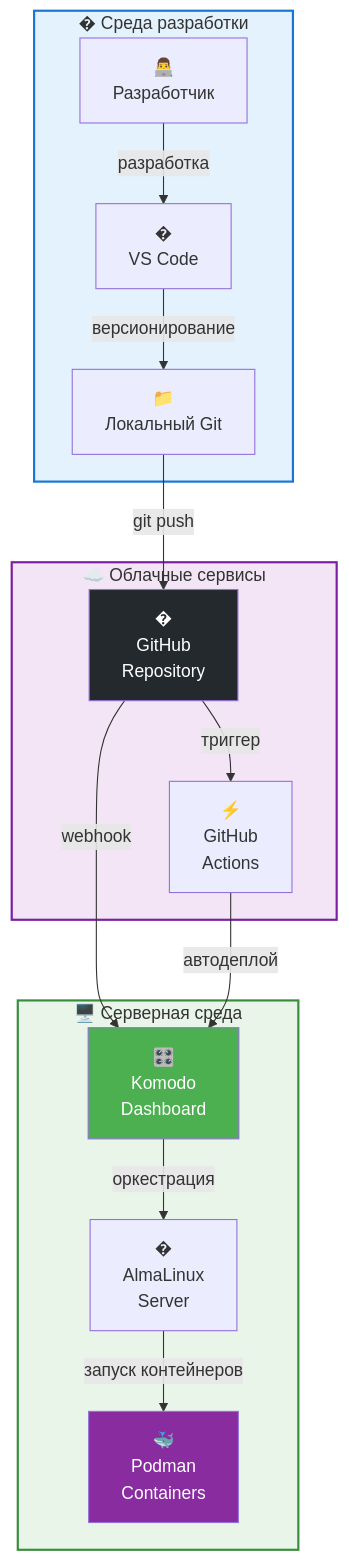
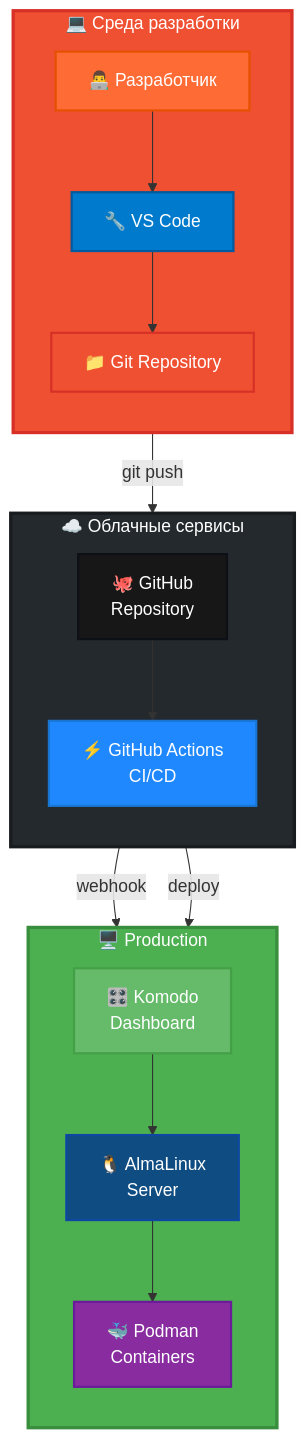
The first of 4 diagrams in docs/chapter-04-git.md (Alex-0293/TopWebStack), drawn with Mermaid before and after one commit. The commit also changed other lines of this file, not shown here.

Commit message:
style(git): привести стиль диаграмм главы 4 в соответствие с главой 3
- Заменены flowchart диаграммы на graph для единообразия
- Применена цветовая схема Material Design как в главе 3
- Добавлены направления direction TB/LR для улучшения структуры
- Унифицированы stroke-width и цветовые стили
- Диаграммы теперь соответствуют общему стилю курса

Основные изменения:
- Development workflow: graph TB с Git-тематическими цветами
- File lifecycle: graph LR с четкими областями
- Git Flow: упрощенная структура с Material цветами
- Branch structure: улучшенная группировка и стили

Все диаграммы теперь визуально согласованы с остальным курсом

````diff
--- a/docs/chapter-04-git.md
+++ b/docs/chapter-04-git.md
@@ -20,37 +20,46 @@
 ```mermaid
-    flowchart TD
-    subgraph dev_env["� Среда разработки"]
-        developer["👨‍💻<br/>Разработчик"]
-        vscode["�<br/>VS Code"]
-        local_git["📁<br/>Локальный Git"]
+graph TB
+    subgraph dev_env["💻 Среда разработки"]
+        direction TB
+        developer["👨‍💻 Разработчик"]
+        vscode["🔧 VS Code"]
+        local_git["📁 Git Repository"]
+        
+        developer --> vscode
+        vscode --> local_git
     end
     
-    subgraph cloud["☁️ Облачные сервисы"]
-        github["�<br/>GitHub<br/>Repository"]
-        actions["⚡<br/>GitHub<br/>Actions"]
+    subgraph cloud_env["☁️ Облачные сервисы"]
+        direction TB
+        github["🐙 GitHub<br/>Repository"]
+        actions["⚡ GitHub Actions<br/>CI/CD"]
+        
+        github --> actions
     end
     
-    subgraph server_env["🖥️ Серверная среда"]
-        komodo["🎛️<br/>Komodo<br/>Dashboard"]
-        almalinux["�<br/>AlmaLinux<br/>Server"]
-        podman["🐳<br/>Podman<br/>Containers"]
+    subgraph prod_env["🖥️ Production"]
+        direction TB
+        komodo["🎛️ Komodo<br/>Dashboard"]
+        almalinux["🐧 AlmaLinux<br/>Server"]
+        podman["🐳 Podman<br/>Containers"]
+        
+        komodo --> almalinux
+        almalinux --> podman
     end
     
-    developer --> |"разработка"| vscode
-    vscode --> |"версионирование"| local_git
     local_git --> |"git push"| github
+    github --> |"webhook"| komodo
+    actions --> |"deploy"| komodo
     
-    github --> |"webhook"| komodo
-    github --> |"триггер"| actions
-    actions --> |"автодеплой"| komodo
-    
-    komodo --> |"оркестрация"| almalinux
-    almalinux --> |"запуск контейнеров"| podman
-    
-    style dev_env fill:#e3f2fd,stroke:#1976d2,stroke-width:2px
-    style cloud fill:#f3e5f5,stroke:#7b1fa2,stroke-width:2px
-    style server_env fill:#e8f5e8,stroke:#388e3c,stroke-width:2px
-    style github fill:#24292e,color:#fff
-    style komodo fill:#4caf50,color:#fff
-    style podman fill:#892ca0,color:#fff
+    style dev_env fill:#F05032,stroke:#D73027,stroke-width:3px,color:#fff
+    style cloud_env fill:#24292E,stroke:#181C1F,stroke-width:3px,color:#fff
+    style prod_env fill:#4CAF50,stroke:#388E3C,stroke-width:3px,color:#fff
+    style developer fill:#FF6B35,stroke:#E55100,stroke-width:2px,color:#fff
+    style vscode fill:#007ACC,stroke:#005A9D,stroke-width:2px,color:#fff
+    style local_git fill:#F05032,stroke:#D73027,stroke-width:2px,color:#fff
+    style github fill:#181717,stroke:#0D1117,stroke-width:2px,color:#fff
+    style actions fill:#2088FF,stroke:#1976D2,stroke-width:2px,color:#fff
+    style komodo fill:#66BB6A,stroke:#43A047,stroke-width:2px,color:#fff
+    style almalinux fill:#0F4C81,stroke:#0D47A1,stroke-width:2px,color:#fff
+    style podman fill:#892CA0,stroke:#6A1B9A,stroke-width:2px,color:#fff
 ```
````
